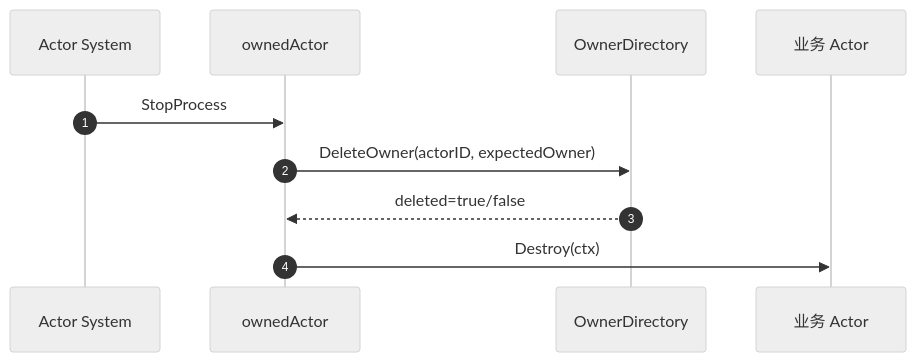
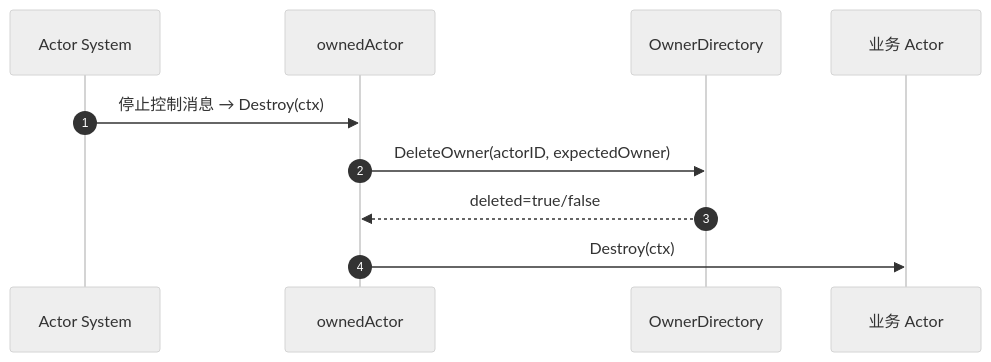
The third of 3 diagrams in docs/logicalactor.md (dzm2020/actormesh), drawn with Mermaid (neutral theme) before and after one commit. The commit also changed other lines of this file and 11 other files, not shown here.

````diff
--- a/docs/logicalactor.md
+++ b/docs/logicalactor.md
@@ -206,13 +209,13 @@
 ```mermaid
 sequenceDiagram
     autonumber
     participant S as Actor System
     participant A as ownedActor
     participant D as OwnerDirectory
     participant B as 业务 Actor
 
-    S->>A: StopProcess
+    S->>A: 停止控制消息 → Destroy(ctx)
     A->>D: DeleteOwner(actorID, expectedOwner)
     D-->>A: deleted=true/false
     A->>B: Destroy(ctx)
 ```
````
